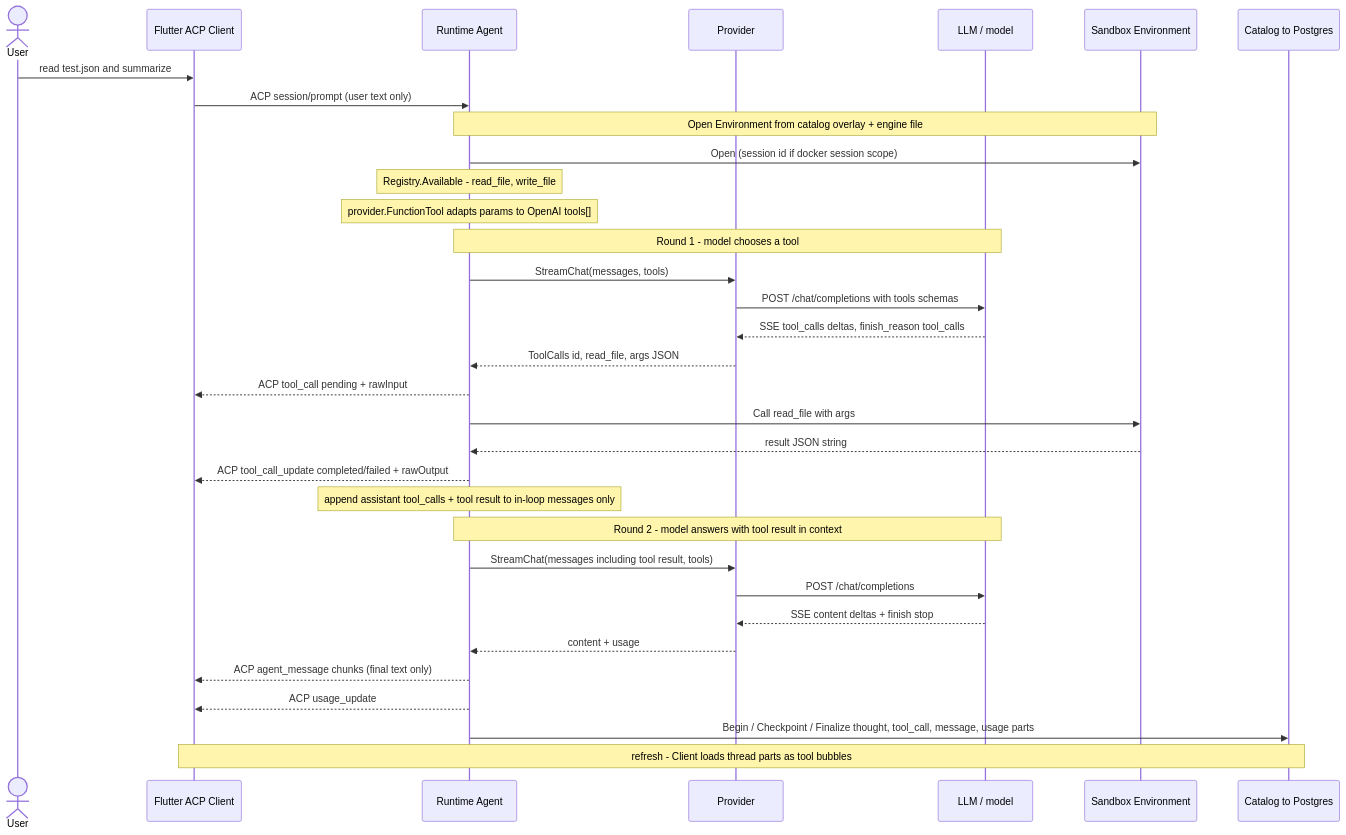
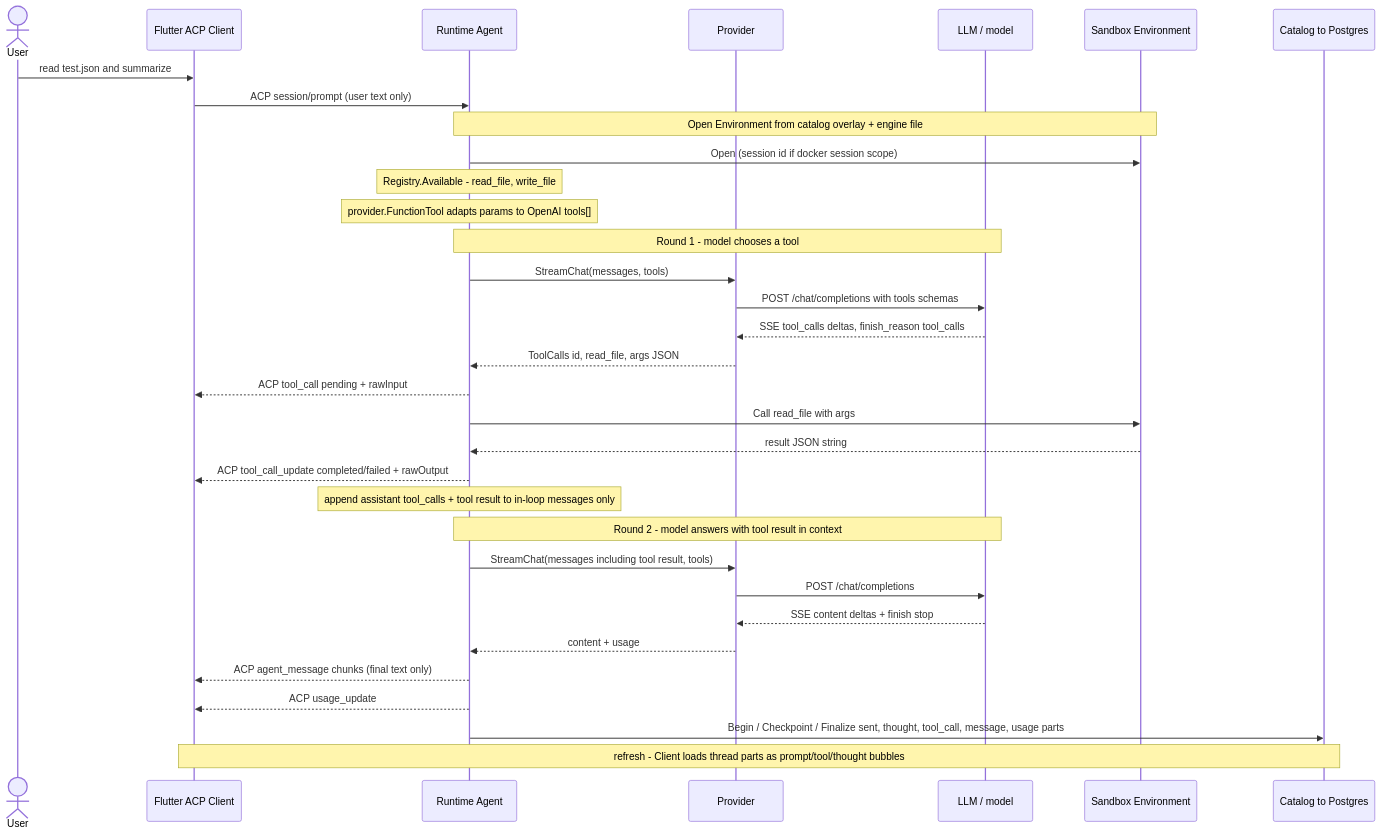
Before and after one commit to tryy3/agent-fabric: the fourth of 6 diagrams in docs/architecture.md, drawn with Mermaid. The commit also changed other lines of this file and 66 other files, not shown here.

````diff
--- a/docs/architecture.md
+++ b/docs/architecture.md
@@ -184,41 +186,41 @@
 ```mermaid
 sequenceDiagram
   actor User
   participant Client as Flutter ACP Client
   participant Agent as Runtime Agent
   participant Prov as Provider
   participant LLM as LLM / model
   participant Env as Sandbox Environment
   participant Catalog as Catalog to Postgres
 
   User->>Client: read test.json and summarize
   Client->>Agent: ACP session/prompt (user text only)
 
   Note over Agent,Env: Open Environment from catalog overlay + engine file
   Agent->>Env: Open (session id if docker session scope)
   Note over Agent: Registry.Available - read_file, write_file
   Note over Agent: provider.FunctionTool adapts params to OpenAI tools[]
 
   Note over Agent,LLM: Round 1 - model chooses a tool
   Agent->>Prov: StreamChat(messages, tools)
   Prov->>LLM: POST /chat/completions with tools schemas
   LLM-->>Prov: SSE tool_calls deltas, finish_reason tool_calls
   Prov-->>Agent: ToolCalls id, read_file, args JSON
 
   Agent-->>Client: ACP tool_call pending + rawInput
   Agent->>Env: Call read_file with args
   Env-->>Agent: result JSON string
   Agent-->>Client: ACP tool_call_update completed/failed + rawOutput
   Note over Agent: append assistant tool_calls + tool result to in-loop messages only
 
   Note over Agent,LLM: Round 2 - model answers with tool result in context
   Agent->>Prov: StreamChat(messages including tool result, tools)
   Prov->>LLM: POST /chat/completions
   LLM-->>Prov: SSE content deltas + finish stop
   Prov-->>Agent: content + usage
   Agent-->>Client: ACP agent_message chunks (final text only)
   Agent-->>Client: ACP usage_update
 
-  Agent->>Catalog: Begin / Checkpoint / Finalize thought, tool_call, message, usage parts
-  Note over Client,Catalog: refresh - Client loads thread parts as tool bubbles
+  Agent->>Catalog: Begin / Checkpoint / Finalize sent, thought, tool_call, message, usage parts
+  Note over Client,Catalog: refresh - Client loads thread parts as prompt/tool/thought bubbles
 ```
````
